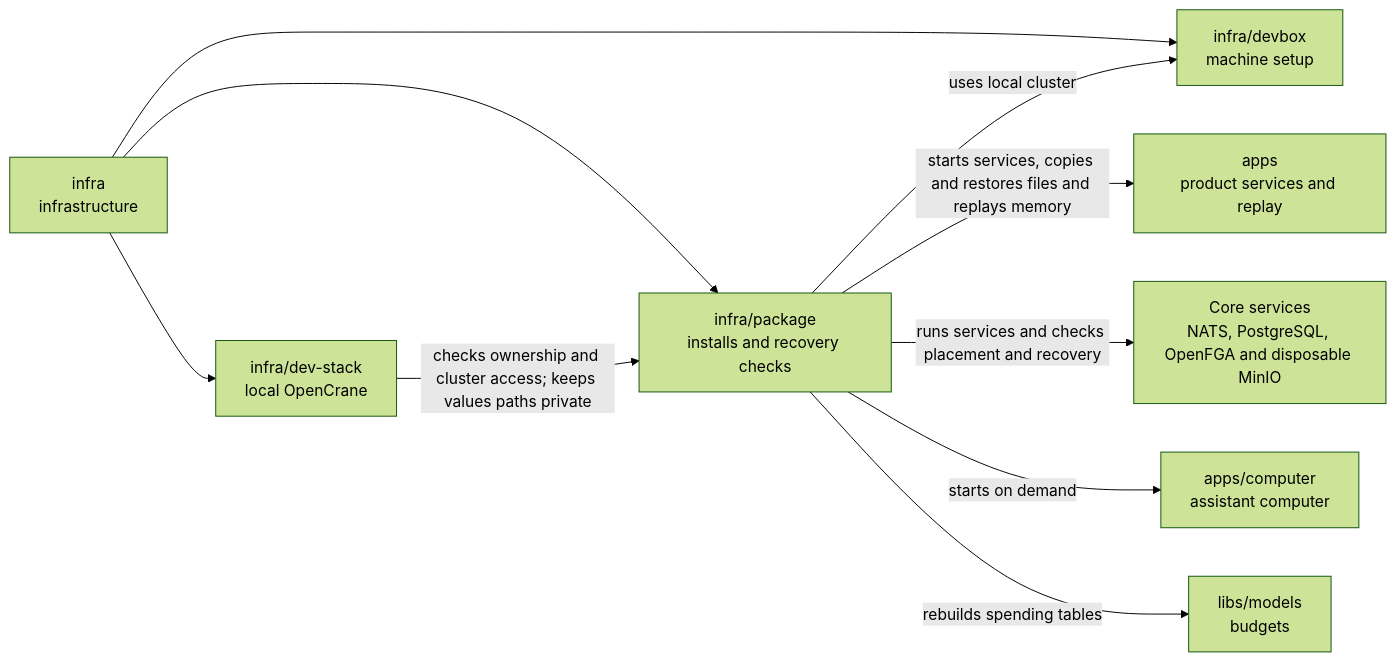
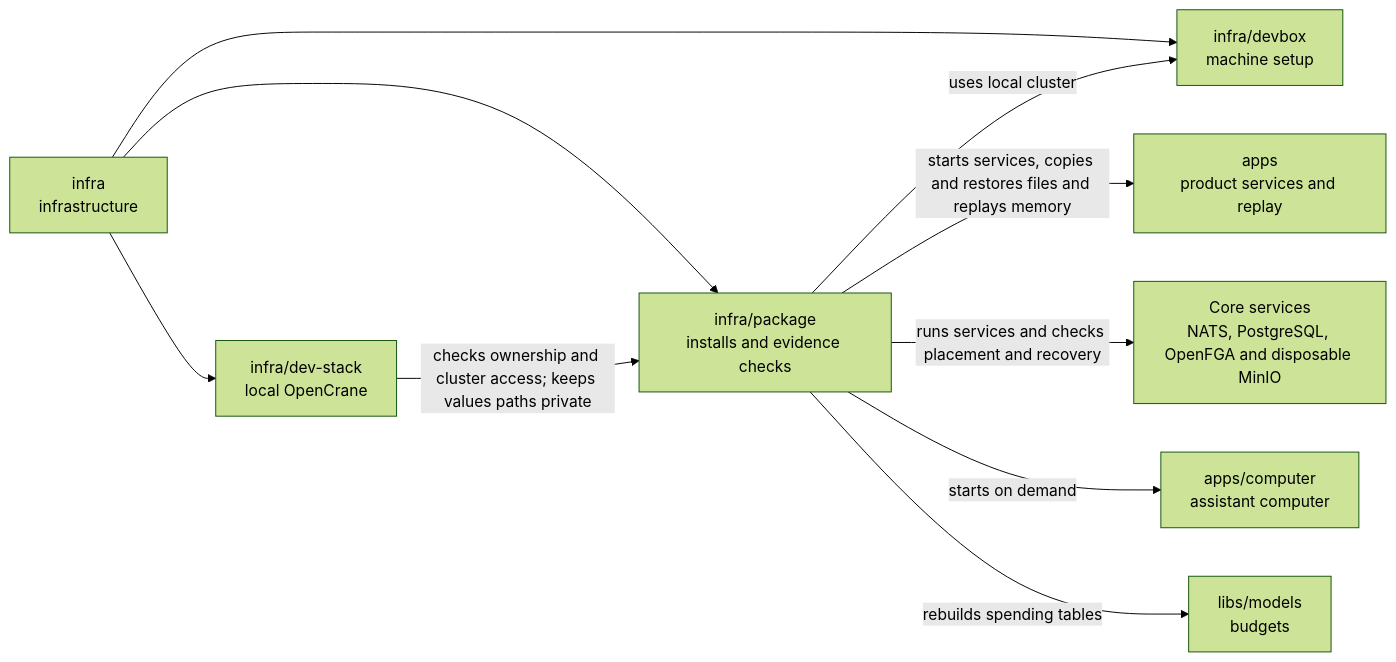
The diagram in infra/package/README.md (elewa-git/opencrane-new), drawn with Mermaid (forest theme) before and after one commit. The commit also changed other lines of this file and 7 other files, not shown here.

````diff
--- a/infra/package/README.md
+++ b/infra/package/README.md
@@ -19,12 +19,12 @@
 ```mermaid
 flowchart LR
-  infra["infra<br/>infrastructure"] --> package["infra/package<br/>installs and recovery checks"]
+  infra["infra<br/>infrastructure"] --> package["infra/package<br/>installs and evidence checks"]
   infra --> stack["infra/dev-stack<br/>local OpenCrane"]
   infra --> devbox["infra/devbox<br/>machine setup"]
   stack -->|checks ownership and cluster access; keeps values paths private| package
   package -->|uses local cluster| devbox
   package -->|starts services, copies and restores files and replays memory| apps["apps<br/>product services and replay"]
   package -->|runs services and checks placement and recovery| services["Core services<br/>NATS, PostgreSQL, OpenFGA and disposable MinIO"]
   package -->|starts on demand| computer["apps/computer<br/>assistant computer"]
   package -->|rebuilds spending tables| models["libs/models<br/>budgets"]
 ```
````
